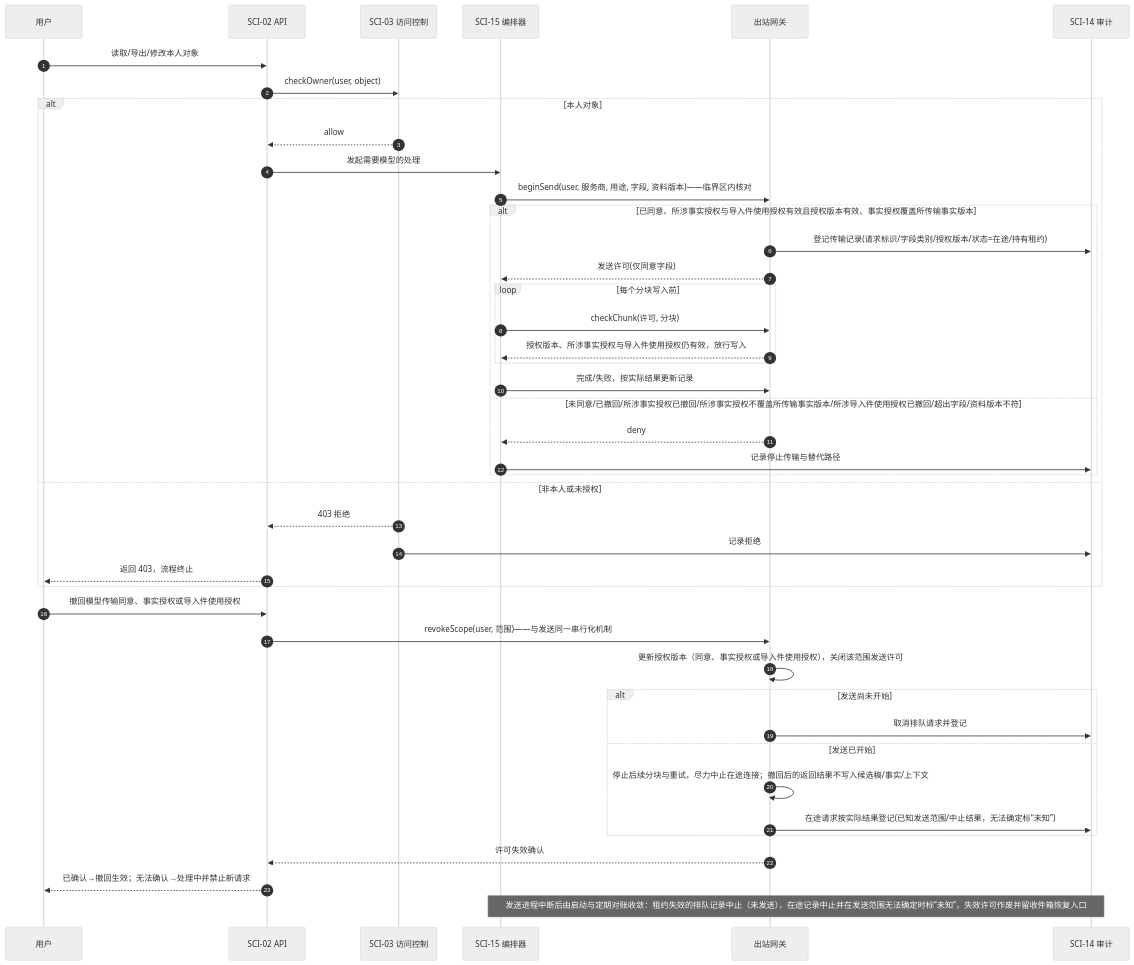
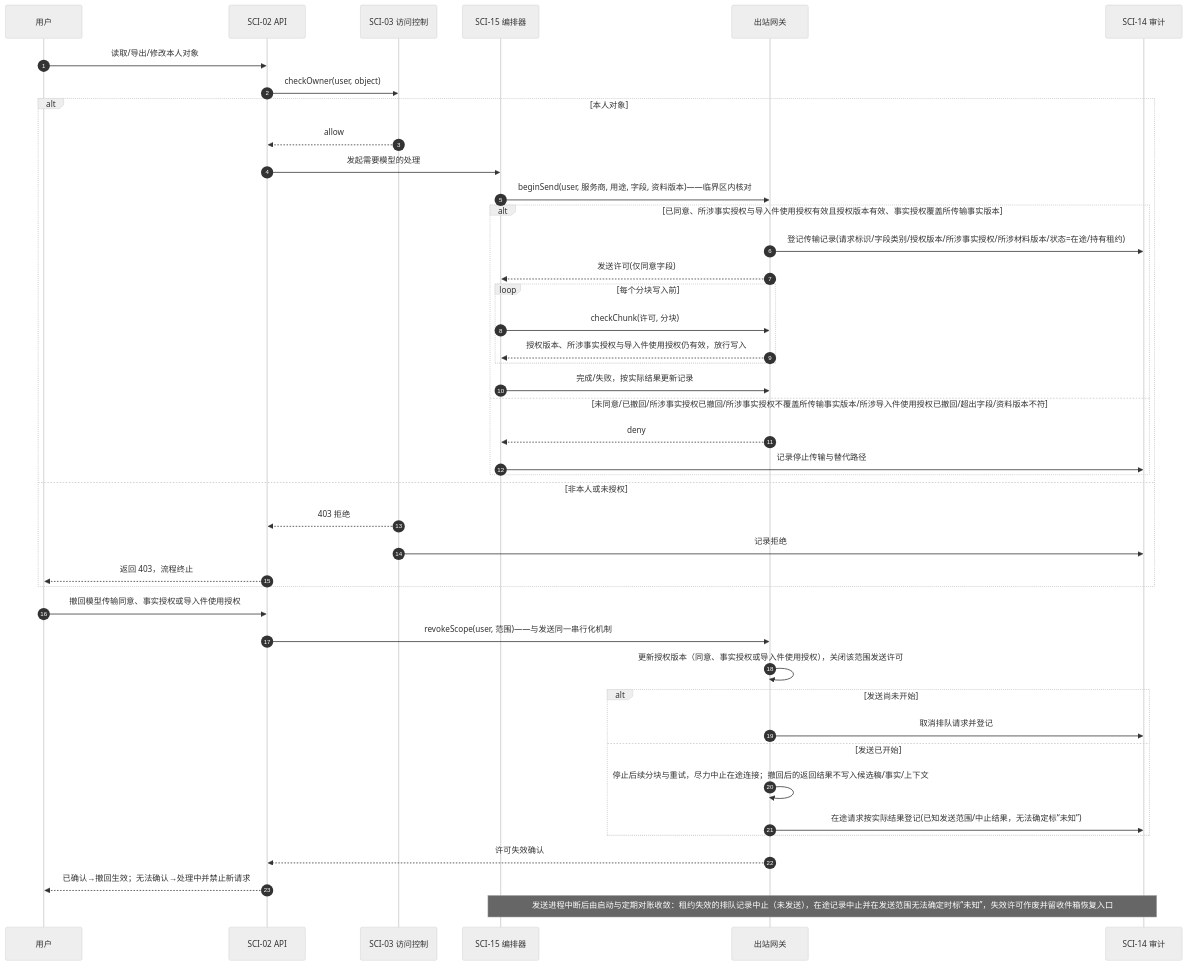
One commit to LotteryCamp/OfferPilot changed diagram 18 of 23 in docs/design/system-design/offerpilot-system-design.md. Above: the diagram before and after it, drawn with Mermaid (neutral theme). The commit also changed other lines of this file, not shown here.

````diff
--- a/docs/design/system-design/offerpilot-system-design.md
+++ b/docs/design/system-design/offerpilot-system-design.md
@@ -1515,45 +1516,45 @@
 ```mermaid
 sequenceDiagram
     autonumber
     participant USR as 用户
     participant API as SCI-02 API
     participant AU as SCI-03 访问控制
     participant AG as SCI-15 编排器
     participant GW as 出站网关
     participant AUD as SCI-14 审计
     USR->>API: 读取/导出/修改本人对象
     API->>AU: checkOwner(user, object)
     alt 本人对象
         AU-->>API: allow
         API->>AG: 发起需要模型的处理
         AG->>GW: beginSend(user, 服务商, 用途, 字段, 资料版本)——临界区内核对
         alt 已同意、所涉事实授权与导入件使用授权有效且授权版本有效、事实授权覆盖所传输事实版本
-            GW->>AUD: 登记传输记录(请求标识/字段类别/授权版本/状态=在途/持有租约)
+            GW->>AUD: 登记传输记录(请求标识/字段类别/授权版本/所涉事实授权/所涉材料版本/状态=在途/持有租约)
             GW-->>AG: 发送许可(仅同意字段)
             loop 每个分块写入前
                 AG->>GW: checkChunk(许可, 分块)
                 GW-->>AG: 授权版本、所涉事实授权与导入件使用授权仍有效，放行写入
             end
             AG->>GW: 完成/失败，按实际结果更新记录
         else 未同意/已撤回/所涉事实授权已撤回/所涉事实授权不覆盖所传输事实版本/所涉导入件使用授权已撤回/超出字段/资料版本不符
             GW-->>AG: deny
             AG->>AUD: 记录停止传输与替代路径
         end
     else 非本人或未授权
         AU-->>API: 403 拒绝
         AU->>AUD: 记录拒绝
         API-->>USR: 返回 403，流程终止
     end
     USR->>API: 撤回模型传输同意、事实授权或导入件使用授权
     API->>GW: revokeScope(user, 范围)——与发送同一串行化机制
     GW->>GW: 更新授权版本（同意、事实授权或导入件使用授权），关闭该范围发送许可
     alt 发送尚未开始
         GW->>AUD: 取消排队请求并登记
     else 发送已开始
         GW->>GW: 停止后续分块与重试，尽力中止在途连接；撤回后的返回结果不写入候选稿/事实/上下文
         GW->>AUD: 在途请求按实际结果登记(已知发送范围/中止结果，无法确定标“未知”)
     end
     GW-->>API: 许可失效确认
     API-->>USR: 已确认→撤回生效；无法确认→处理中并禁止新请求
     note over AG,AUD: 发送进程中断后由启动与定期对账收敛：租约失效的排队记录中止（未发送），在途记录中止并在发送范围无法确定时标“未知”，失效许可作废并留收件箱恢复入口
 ```
````
